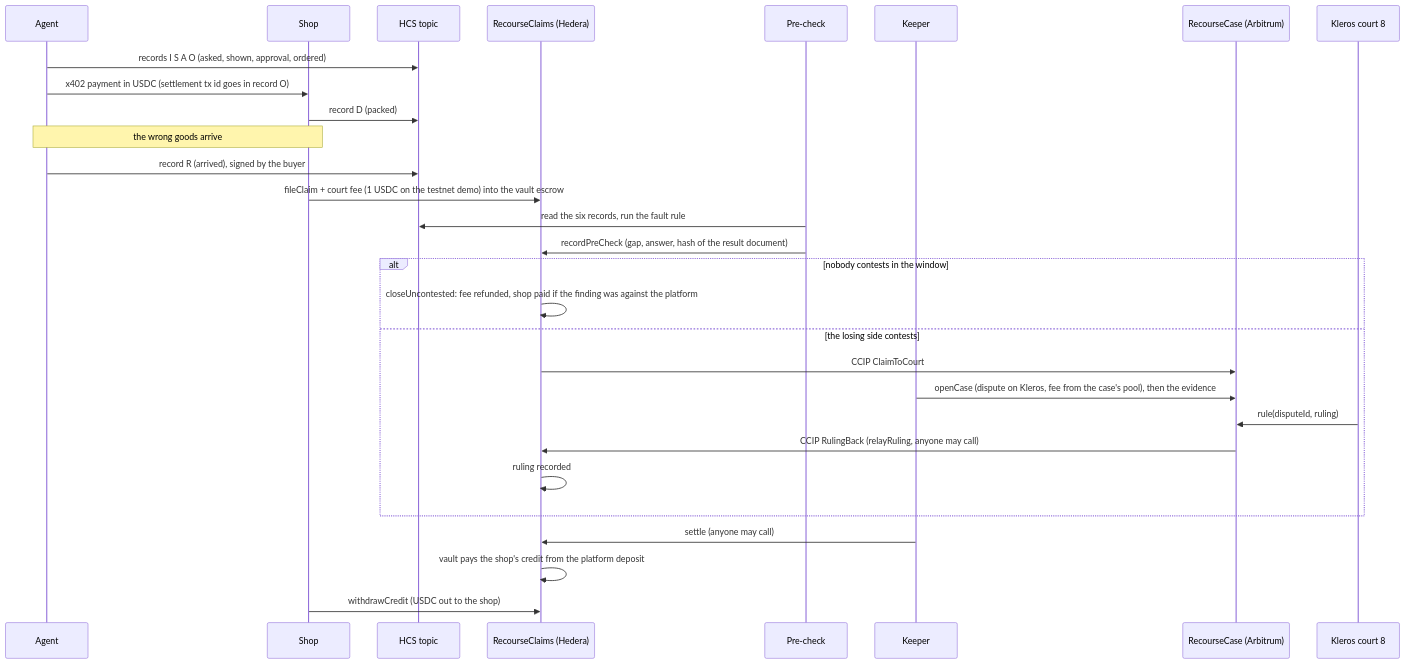
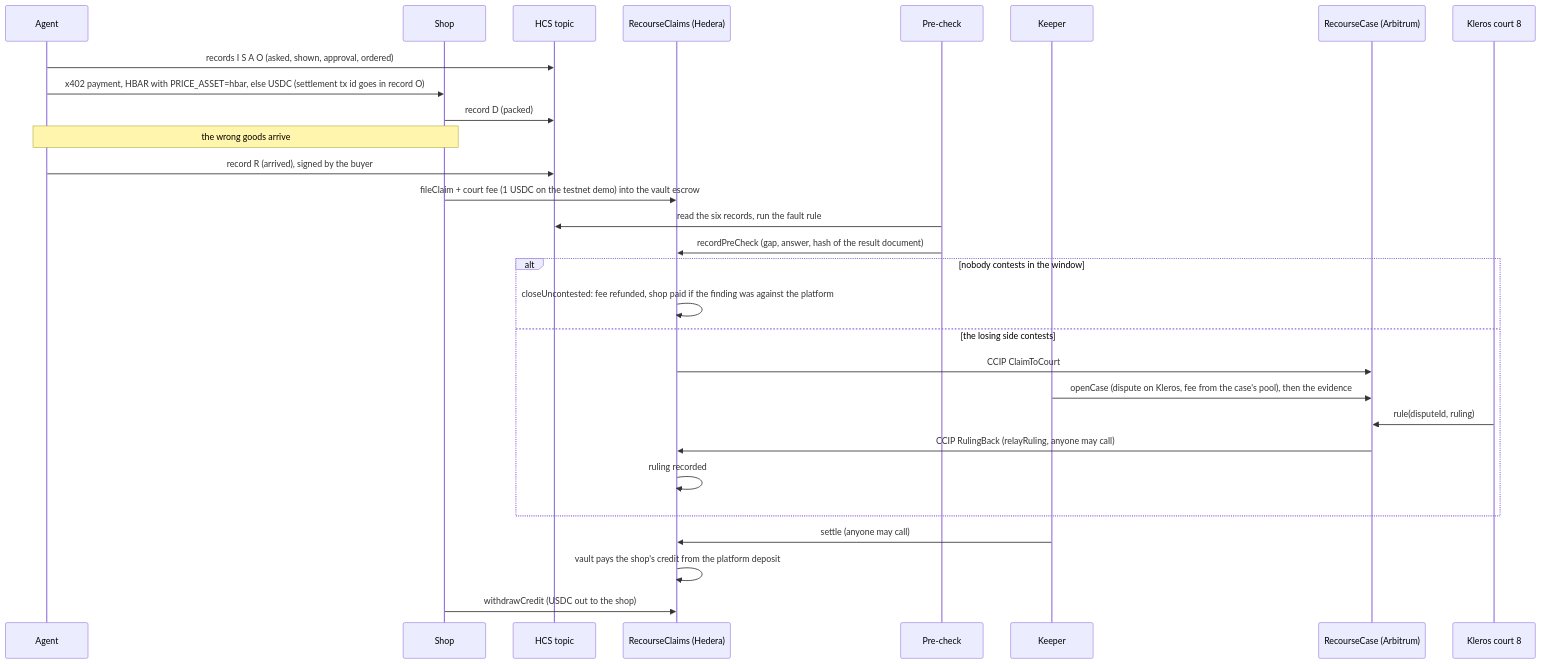
One commit to mani99brar/recourse changed the second of 2 diagrams in README.md. Above: the diagram before and after it, drawn with Mermaid. The commit also changed other lines of this file and 24 other files, not shown here.

First line of the commit message:
Pay x402 orders in HBAR when PRICE_ASSET=hbar

````diff
--- a/README.md
+++ b/README.md
@@ -60,31 +60,31 @@
 ```mermaid
 sequenceDiagram
   participant Ag as Agent
   participant Sh as Shop
   participant HCS as HCS topic
   participant CL as RecourseClaims (Hedera)
   participant PC as Pre-check
   participant KP as Keeper
   participant RC as RecourseCase (Arbitrum)
   participant K as Kleros court 8
   Ag->>HCS: records I S A O (asked, shown, approval, ordered)
-  Ag->>Sh: x402 payment in USDC (settlement tx id goes in record O)
+  Ag->>Sh: x402 payment, HBAR with PRICE_ASSET=hbar, else USDC (settlement tx id goes in record O)
   Sh->>HCS: record D (packed)
   Note over Ag,Sh: the wrong goods arrive
   Ag->>HCS: record R (arrived), signed by the buyer
   Sh->>CL: fileClaim + court fee (1 USDC on the testnet demo) into the vault escrow
   PC->>HCS: read the six records, run the fault rule
   PC->>CL: recordPreCheck (gap, answer, hash of the result document)
   alt nobody contests in the window
     CL->>CL: closeUncontested: fee refunded, shop paid if the finding was against the platform
   else the losing side contests
     CL->>RC: CCIP ClaimToCourt
     KP->>RC: openCase (dispute on Kleros, fee from the case's pool), then the evidence
     K->>RC: rule(disputeId, ruling)
     RC->>CL: CCIP RulingBack (relayRuling, anyone may call)
     CL->>CL: ruling recorded
   end
   KP->>CL: settle (anyone may call)
   CL->>CL: vault pays the shop's credit from the platform deposit
   Sh->>CL: withdrawCredit (USDC out to the shop)
 ```
````
